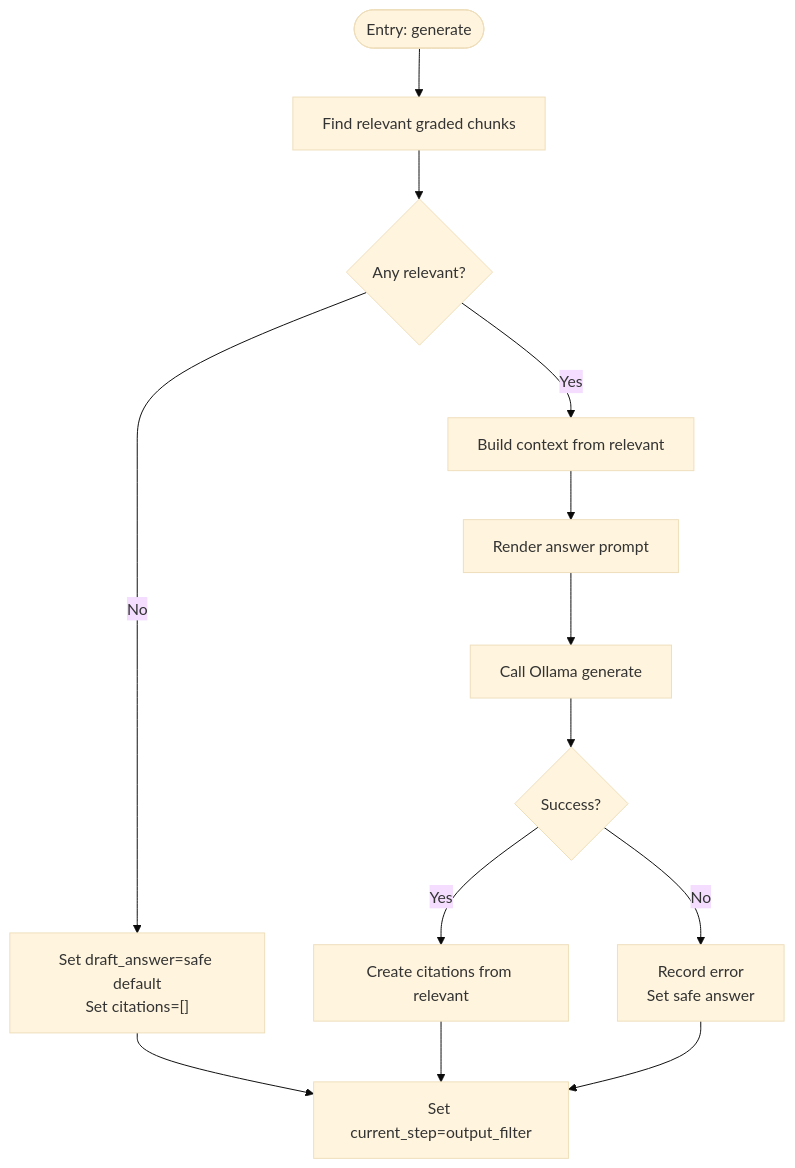
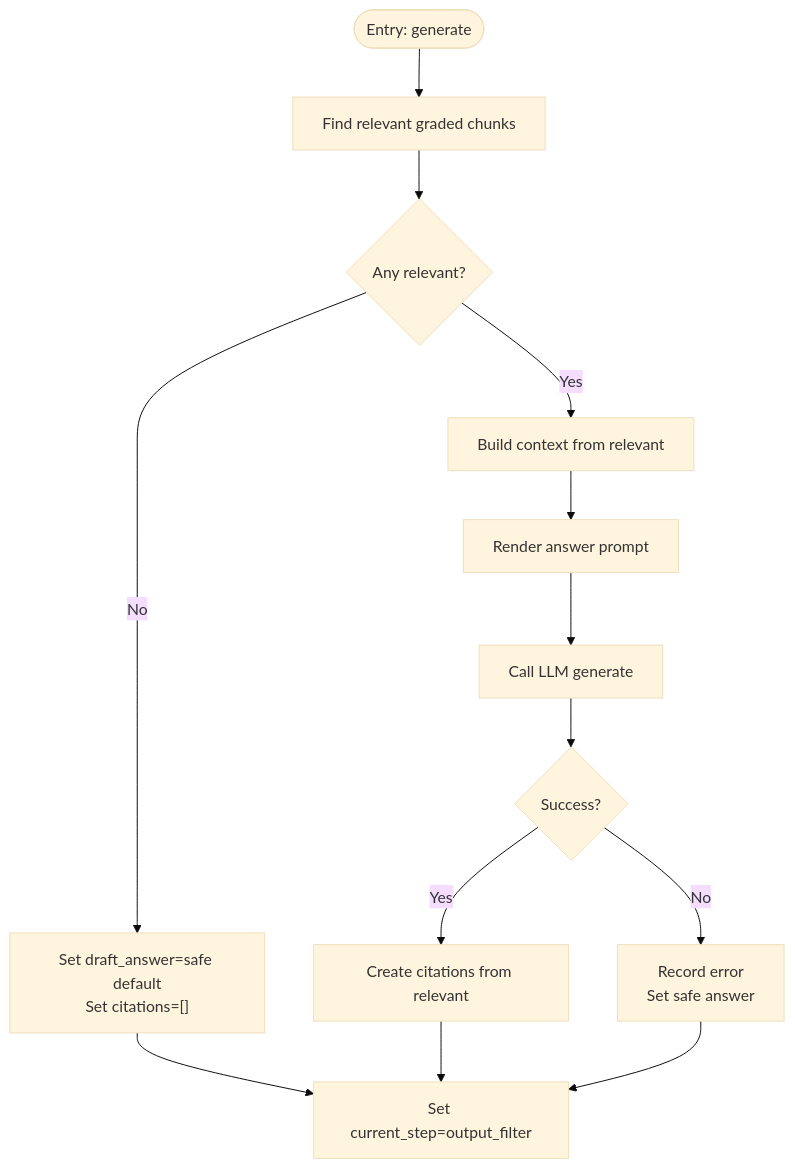
The tenth of 15 diagrams in .qoder/repowiki/en/content/AI Agent Pipeline/LangGraph State Machine.md (genes8/private-ai), drawn with Mermaid (base theme) before and after one commit. The commit also changed other lines of this file and 101 other files, not shown here.

````diff
--- a/.qoder/repowiki/en/content/AI Agent Pipeline/LangGraph State Machine.md
+++ b/.qoder/repowiki/en/content/AI Agent Pipeline/LangGraph State Machine.md
@@ -437,15 +438,15 @@
 ```mermaid
 flowchart TD
 Start(["Entry: generate"]) --> FindRel["Find relevant graded chunks"]
 FindRel --> HasRel{"Any relevant?"}
 HasRel --> |No| SafeAns["Set draft_answer=safe default<br/>Set citations=[]"]
 HasRel --> |Yes| BuildCtx["Build context from relevant"]
 BuildCtx --> Prompt["Render answer prompt"]
-Prompt --> CallLLM["Call Ollama generate"]
+Prompt --> CallLLM["Call LLM generate"]
 CallLLM --> AnsOK{"Success?"}
 AnsOK --> |Yes| MakeCites["Create citations from relevant"]
 AnsOK --> |No| ErrPath["Record error<br/>Set safe answer"]
 SafeAns --> Next["Set current_step=output_filter"]
 MakeCites --> Next
 ErrPath --> Next
 ```
````
